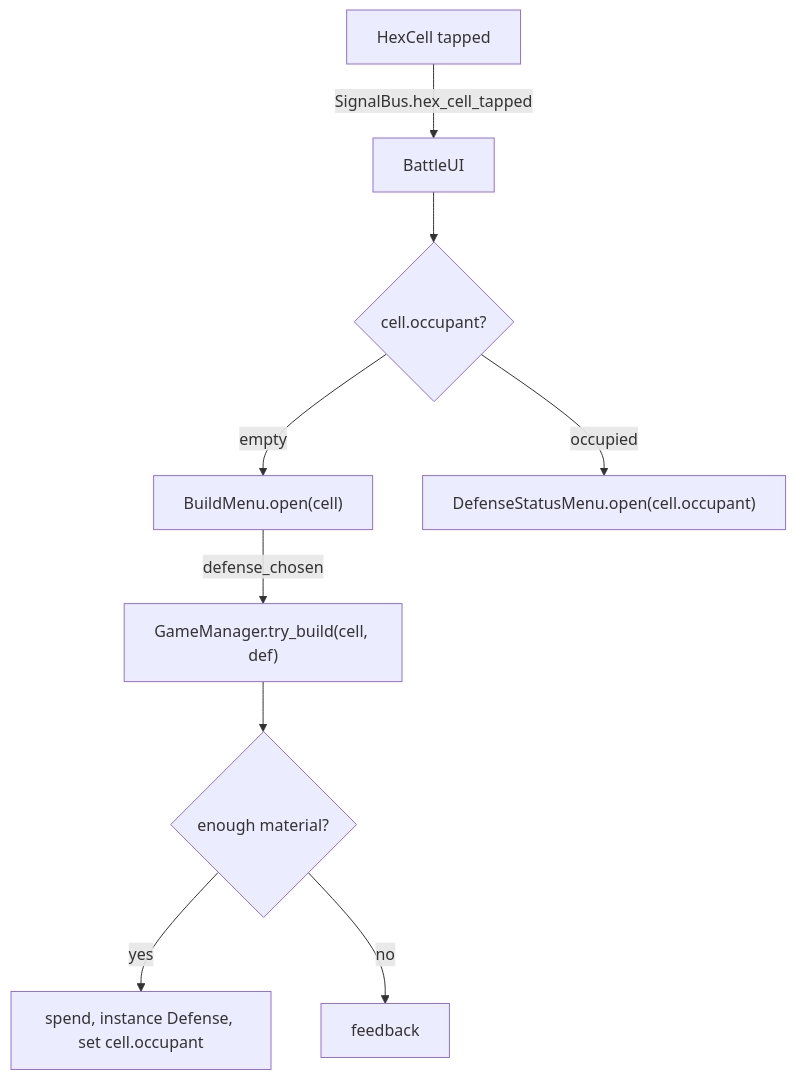
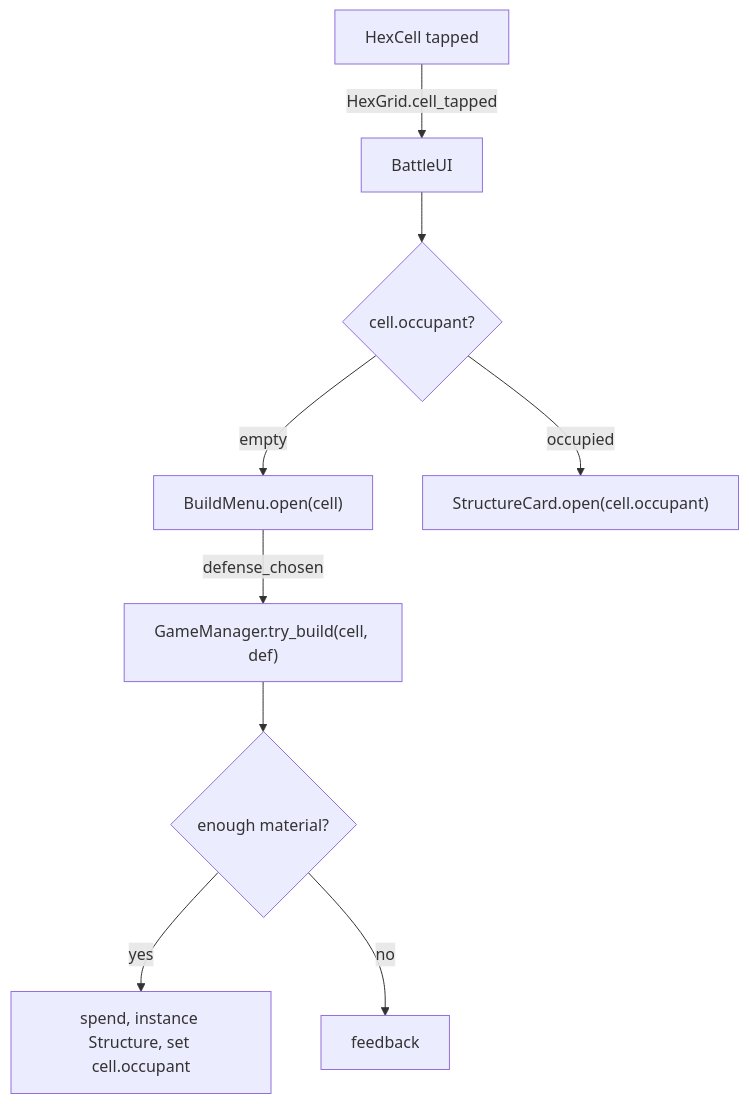
The third of 4 diagrams in docs/ARCHITECTURE.md (CedThen/space-defense), drawn with Mermaid before and after one commit. The commit also changed other lines of this file and 17 other files, not shown here.

````diff
--- a/docs/ARCHITECTURE.md
+++ b/docs/ARCHITECTURE.md
@@ -97,11 +94,11 @@
 ```mermaid
 flowchart TD
-    Tap["HexCell tapped"] -- "SignalBus.hex_cell_tapped" --> UI["BattleUI"]
+    Tap["HexCell tapped"] -- "HexGrid.cell_tapped" --> UI["BattleUI"]
     UI --> Q{"cell.occupant?"}
     Q -- "empty" --> BM["BuildMenu.open(cell)"]
-    Q -- "occupied" --> SM["DefenseStatusMenu.open(cell.occupant)"]
+    Q -- "occupied" --> SM["StructureCard.open(cell.occupant)"]
     BM -- "defense_chosen" --> TB["GameManager.try_build(cell, def)"]
     TB --> A{"enough material?"}
-    A -- "yes" --> Place["spend, instance Defense, set cell.occupant"]
+    A -- "yes" --> Place["spend, instance Structure, set cell.occupant"]
     A -- "no" --> Deny["feedback"]
 ```
````
